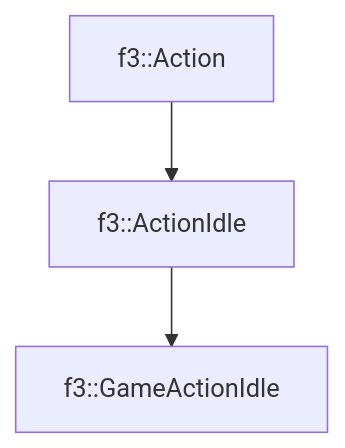
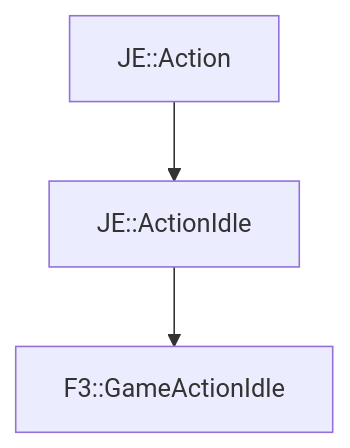
Before and after one commit to OpenJE/openvb: the diagram in docs/f3/GameActionIdle.md, drawn with Mermaid. The commit also changed other lines of this file and 1399 other files, not shown here.

````diff
--- a/docs/f3/GameActionIdle.md
+++ b/docs/f3/GameActionIdle.md
@@ -17,5 +17,5 @@
 ```mermaid
 graph TD;
-    f3::Action --> f3::ActionIdle
-    f3::ActionIdle --> f3::GameActionIdle
+    JE::Action --> JE::ActionIdle
+    JE::ActionIdle --> F3::GameActionIdle
 ```
````
